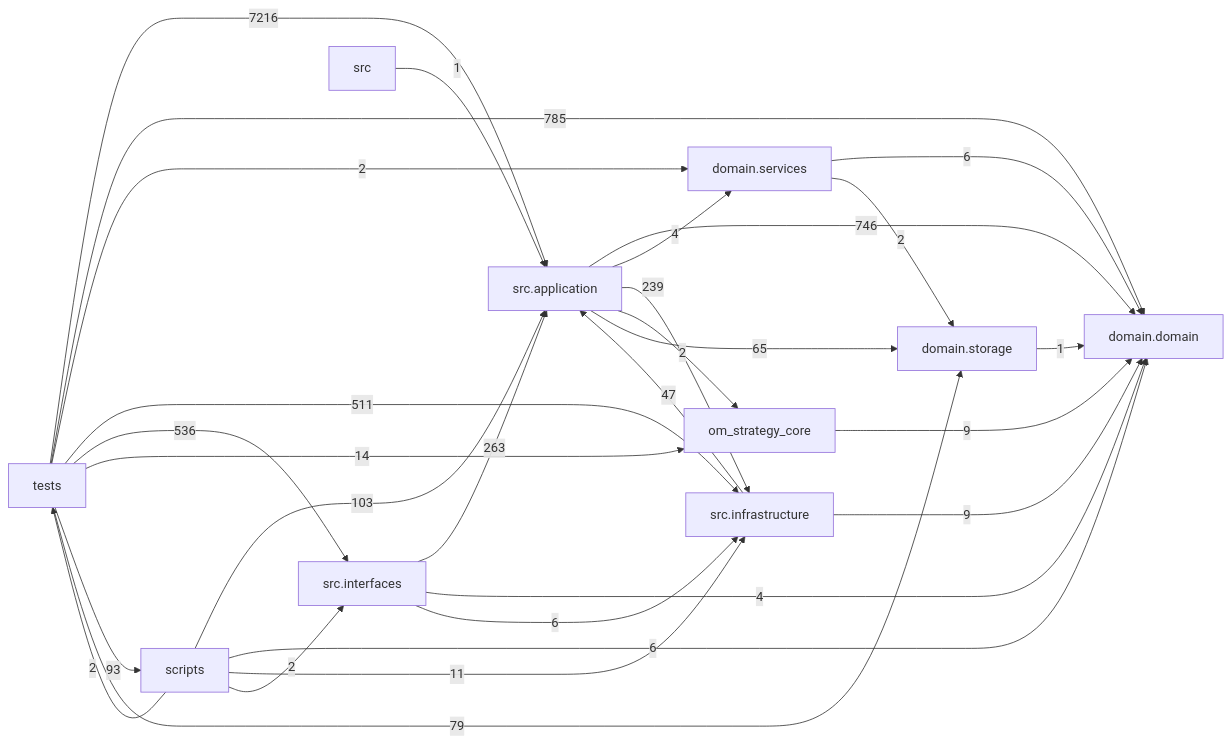
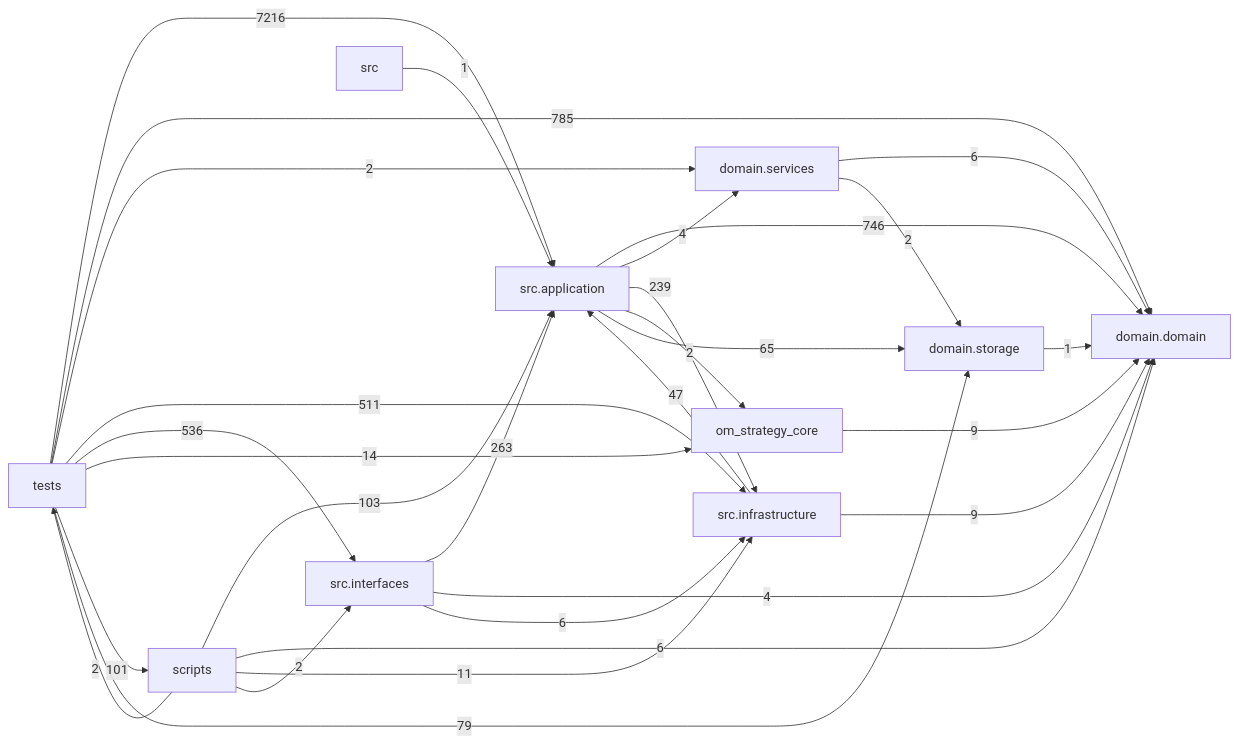
One commit to liuxie066/options-monitor changed the diagram in docs/DEPENDENCY_GRAPH.md. Above: the diagram before and after it, drawn with Mermaid. The commit also changed other lines of this file, not shown here.

First line of the commit message:
docs: refresh dependency graph for code health regressions

````diff
--- a/docs/DEPENDENCY_GRAPH.md
+++ b/docs/DEPENDENCY_GRAPH.md
@@ -24,39 +24,39 @@
 ```mermaid
 flowchart LR
   tests["tests"]
   scripts["scripts"]
   interfaces["src.interfaces"]
   application["src.application"]
   infrastructure["src.infrastructure"]
   domain_services["domain.services"]
   domain["domain.domain"]
   storage["domain.storage"]
   application -->|746| domain
   application -->|4| domain_services
   application -->|239| infrastructure
   application -->|2| om_strategy_core
   application -->|65| storage
   domain_services -->|6| domain
   domain_services -->|2| storage
   infrastructure -->|47| application
   infrastructure -->|9| domain
   interfaces -->|263| application
   interfaces -->|4| domain
   interfaces -->|6| infrastructure
   om_strategy_core -->|9| domain
   scripts -->|103| application
   scripts -->|6| domain
   scripts -->|11| infrastructure
   scripts -->|2| interfaces
   scripts -->|2| tests
   src -->|1| application
   storage -->|1| domain
   tests -->|7216| application
   tests -->|785| domain
   tests -->|2| domain_services
   tests -->|511| infrastructure
   tests -->|536| interfaces
   tests -->|14| om_strategy_core
-  tests -->|93| scripts
+  tests -->|101| scripts
   tests -->|79| storage
 ```
````
